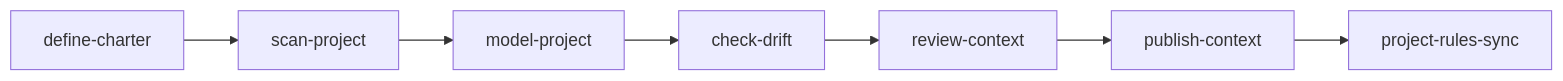
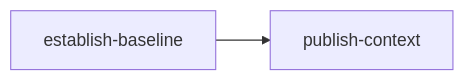
One commit to o00ontcong/aidlc changed the second of 3 diagrams in packages/extension/media/guides/cohesive-delivery.md. Above: the diagram before and after it, drawn with Mermaid. The commit also changed other lines of this file and 94 other files, not shown here.

```diff
--- a/packages/extension/media/guides/cohesive-delivery.md
+++ b/packages/extension/media/guides/cohesive-delivery.md
@@ -52,5 +52,4 @@
 ~~~mermaid
 flowchart LR
-  A[define-charter] --> B[scan-project] --> C[model-project] --> D[check-drift]
-  D --> E[review-context] --> F[publish-context] --> G[project-rules-sync]
+  A[establish-baseline] --> B[publish-context]
 ~~~
```
